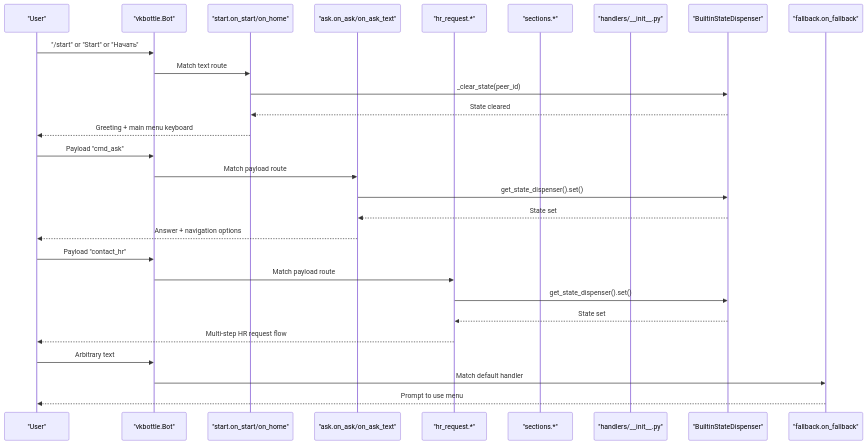
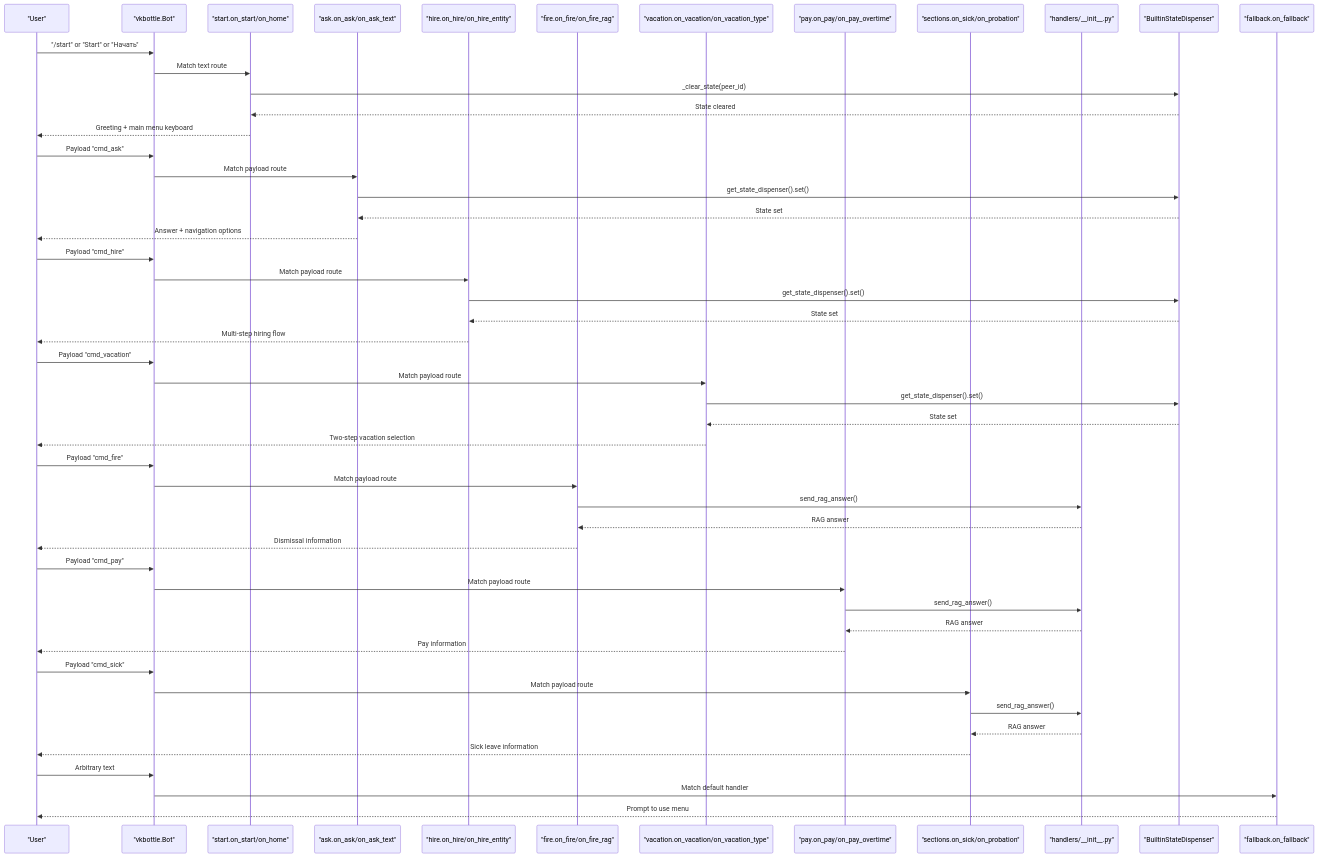
The tenth of 16 diagrams in .qoder/repowiki/en/content/VK Integration/VK Integration.md (ognelis/cafetera_hr_bot), drawn with Mermaid before and after one commit. The commit also changed other lines of this file and 26 other files, not shown here.

````diff
--- a/.qoder/repowiki/en/content/VK Integration/VK Integration.md
+++ b/.qoder/repowiki/en/content/VK Integration/VK Integration.md
@@ -549,30 +574,53 @@
 ```mermaid
 sequenceDiagram
 participant User as "User"
 participant Bot as "vkbottle.Bot"
 participant Start as "start.on_start/on_home"
 participant Ask as "ask.on_ask/on_ask_text"
-participant HR as "hr_request.*"
-participant Sections as "sections.*"
+participant Hire as "hire.on_hire/on_hire_entity"
+participant Fire as "fire.on_fire/on_fire_rag"
+participant Vacation as "vacation.on_vacation/on_vacation_type"
+participant Pay as "pay.on_pay/on_pay_overtime"
+participant Sections as "sections.on_sick/on_probation"
 participant Utils as "handlers/__init__.py"
 participant SD as "BuiltinStateDispenser"
 participant Fallback as "fallback.on_fallback"
 User->>Bot : "/start" or "Start" or "Начать"
 Bot->>Start : Match text route
 Start->>SD : _clear_state(peer_id)
 SD-->>Start : State cleared
 Start-->>User : Greeting + main menu keyboard
 User->>Bot : Payload "cmd_ask"
 Bot->>Ask : Match payload route
 Ask->>SD : get_state_dispenser().set()
 SD-->>Ask : State set
 Ask-->>User : Answer + navigation options
-User->>Bot : Payload "contact_hr"
-Bot->>HR : Match payload route
-HR->>SD : get_state_dispenser().set()
-SD-->>HR : State set
-HR-->>User : Multi-step HR request flow
+User->>Bot : Payload "cmd_hire"
+Bot->>Hire : Match payload route
+Hire->>SD : get_state_dispenser().set()
+SD-->>Hire : State set
+Hire-->>User : Multi-step hiring flow
+User->>Bot : Payload "cmd_vacation"
+Bot->>Vacation : Match payload route
+Vacation->>SD : get_state_dispenser().set()
+SD-->>Vacation : State set
+Vacation-->>User : Two-step vacation selection
+User->>Bot : Payload "cmd_fire"
+Bot->>Fire : Match payload route
+Fire->>Utils : send_rag_answer()
+Utils-->>Fire : RAG answer
+Fire-->>User : Dismissal information
+User->>Bot : Payload "cmd_pay"
+Bot->>Pay : Match payload route
+Pay->>Utils : send_rag_answer()
+Utils-->>Pay : RAG answer
+Pay-->>User : Pay information
+User->>Bot : Payload "cmd_sick"
+Bot->>Sections : Match payload route
+Sections->>Utils : send_rag_answer()
+Utils-->>Sections : RAG answer
+Sections-->>User : Sick leave information
 User->>Bot : Arbitrary text
 Bot->>Fallback : Match default handler
 Fallback-->>User : Prompt to use menu
 ```
````
